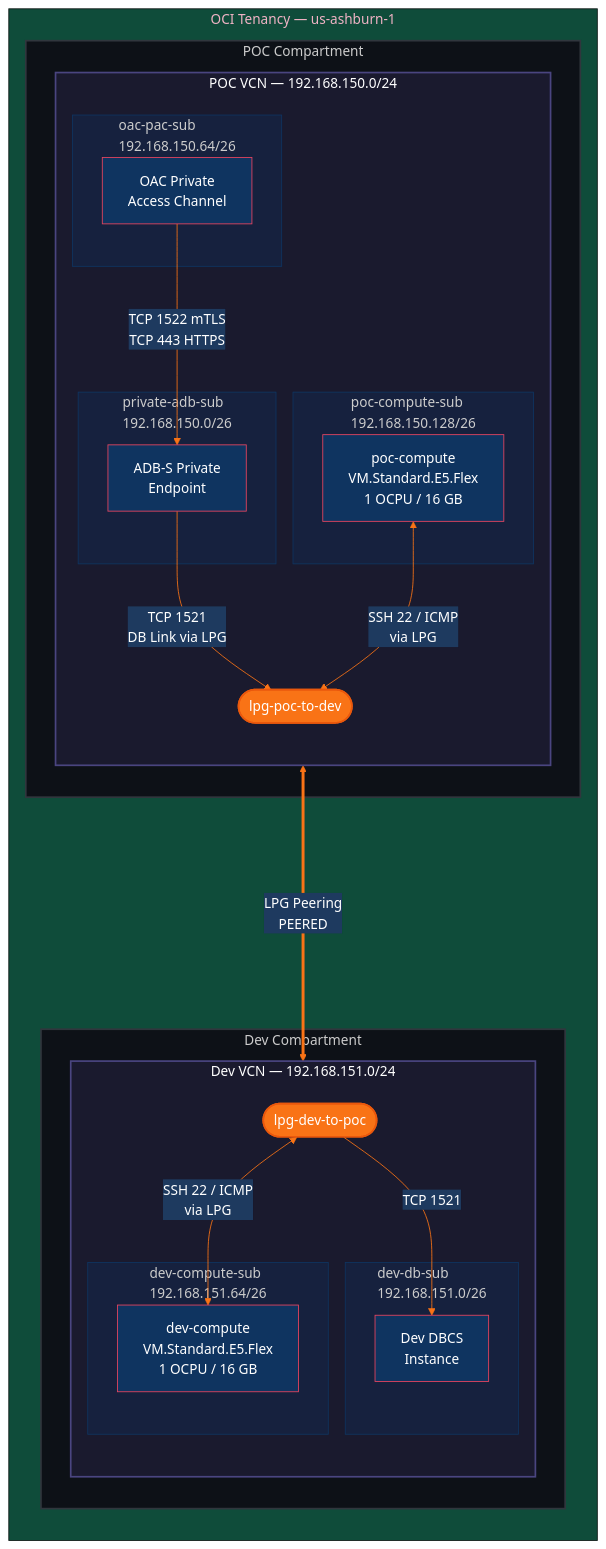
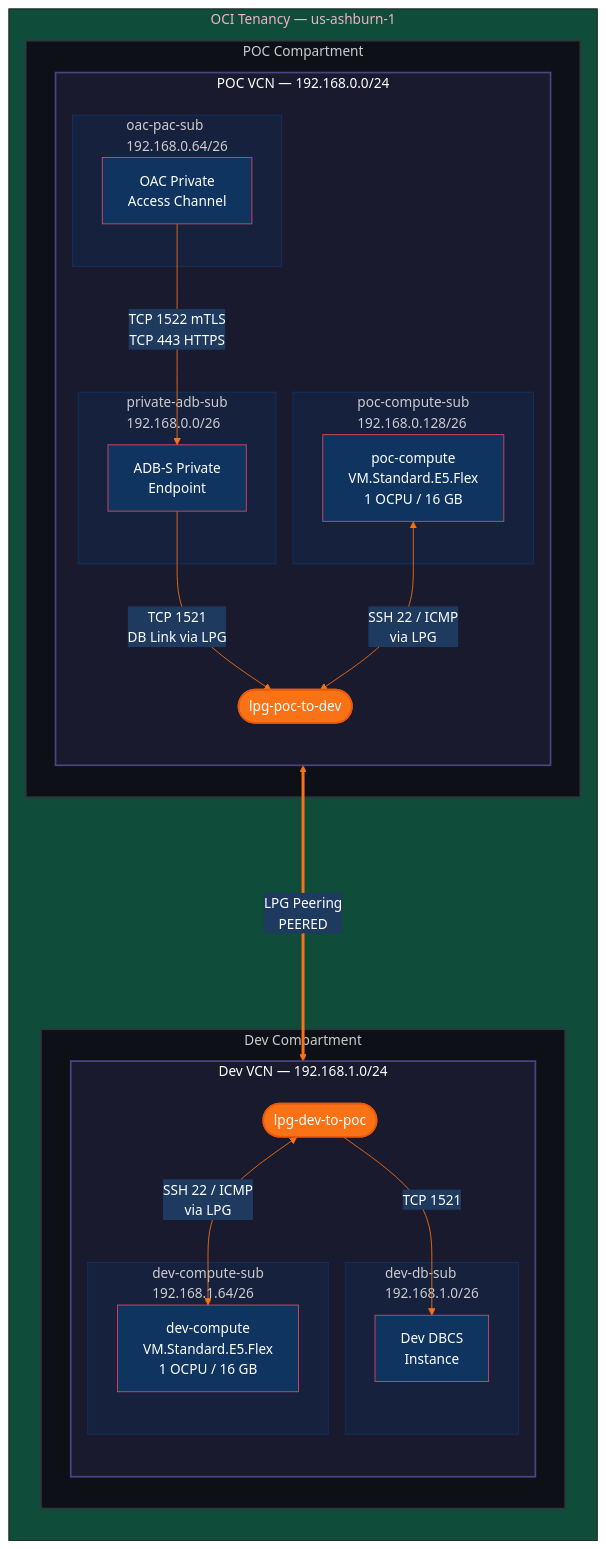
Before and after one commit to EscVector/terraform-oac-adb-private: the diagram in docs/architecture.mmd, drawn with Mermaid. The commit also changed 4 other files, not shown here.

```diff
--- a/docs/architecture.mmd
+++ b/docs/architecture.mmd
@@ -1,63 +1,63 @@
 %%{ init: { 'theme': 'base', 'themeVariables': { 'primaryColor': '#312D5C', 'primaryTextColor': '#fff', 'primaryBorderColor': '#4A4580', 'lineColor': '#F97316', 'secondaryColor': '#1E3A5F', 'tertiaryColor': '#0F4C3A' } } }%%
 
 graph TB
     subgraph OCI["OCI Tenancy &mdash; us-ashburn-1"]
         direction TB
 
         subgraph POC_COMP["POC Compartment"]
-            subgraph POC_VCN["POC VCN &mdash; 192.168.150.0/24"]
+            subgraph POC_VCN["POC VCN &mdash; 192.168.0.0/24"]
                 direction TB
 
-                subgraph OAC_SUB["oac-pac-sub<br/>192.168.150.64/26"]
+                subgraph OAC_SUB["oac-pac-sub<br/>192.168.0.64/26"]
                     OAC["OAC Private<br/>Access Channel"]
                 end
 
-                subgraph ADB_SUB["private-adb-sub<br/>192.168.150.0/26"]
+                subgraph ADB_SUB["private-adb-sub<br/>192.168.0.0/26"]
                     ADB["ADB-S Private<br/>Endpoint"]
                 end
 
-                subgraph POC_COMP_SUB["poc-compute-sub<br/>192.168.150.128/26"]
+                subgraph POC_COMP_SUB["poc-compute-sub<br/>192.168.0.128/26"]
                     POC_VM["poc-compute<br/>VM.Standard.E5.Flex<br/>1 OCPU / 16 GB"]
                 end
 
                 LPG_POC(["lpg-poc-to-dev"])
             end
         end
 
         subgraph DEV_COMP["Dev Compartment"]
-            subgraph DEV_VCN["Dev VCN &mdash; 192.168.151.0/24"]
+            subgraph DEV_VCN["Dev VCN &mdash; 192.168.1.0/24"]
                 direction TB
 
                 LPG_DEV(["lpg-dev-to-poc"])
 
-                subgraph DEV_DB_SUB["dev-db-sub<br/>192.168.151.0/26"]
+                subgraph DEV_DB_SUB["dev-db-sub<br/>192.168.1.0/26"]
                     DBCS["Dev DBCS<br/>Instance"]
                 end
 
-                subgraph DEV_COMP_SUB["dev-compute-sub<br/>192.168.151.64/26"]
+                subgraph DEV_COMP_SUB["dev-compute-sub<br/>192.168.1.64/26"]
                     DEV_VM["dev-compute<br/>VM.Standard.E5.Flex<br/>1 OCPU / 16 GB"]
                 end
             end
         end
     end
 
     %% Traffic flows
     OAC -->|"TCP 1522 mTLS<br/>TCP 443 HTTPS"| ADB
     ADB -->|"TCP 1521<br/>DB Link via LPG"| LPG_POC
     POC_VM <-->|"SSH 22 / ICMP<br/>via LPG"| LPG_POC
     LPG_POC <====>|"LPG Peering<br/>PEERED"| LPG_DEV
     LPG_DEV -->|"TCP 1521"| DBCS
     LPG_DEV <-->|"SSH 22 / ICMP<br/>via LPG"| DEV_VM
 
     %% Styling
     classDef vcnStyle fill:#1a1a2e,stroke:#4A4580,stroke-width:2px,color:#fff
     classDef subnetStyle fill:#16213e,stroke:#0F3460,stroke-width:1px,color:#ccc
     classDef resourceStyle fill:#0F3460,stroke:#E94560,stroke-width:1px,color:#fff
     classDef lpgStyle fill:#F97316,stroke:#EA580C,stroke-width:2px,color:#fff
     classDef compartmentStyle fill:#0d1117,stroke:#30363d,stroke-width:2px,color:#ccc
 
     class POC_VCN,DEV_VCN vcnStyle
     class OAC_SUB,ADB_SUB,POC_COMP_SUB,DEV_DB_SUB,DEV_COMP_SUB subnetStyle
     class OAC,ADB,POC_VM,DBCS,DEV_VM resourceStyle
     class LPG_POC,LPG_DEV lpgStyle
     class POC_COMP,DEV_COMP compartmentStyle
```
